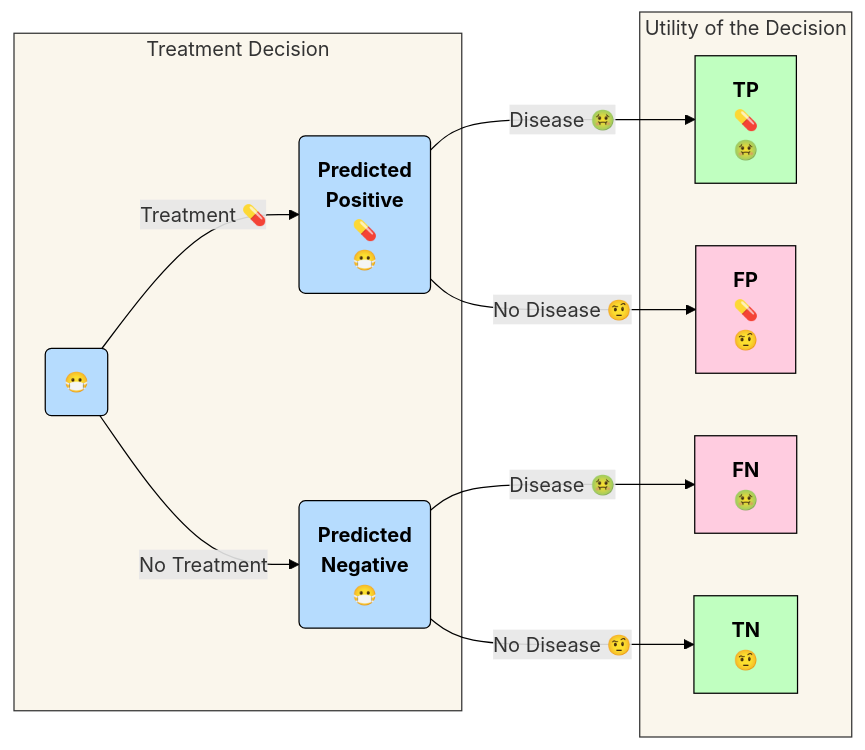
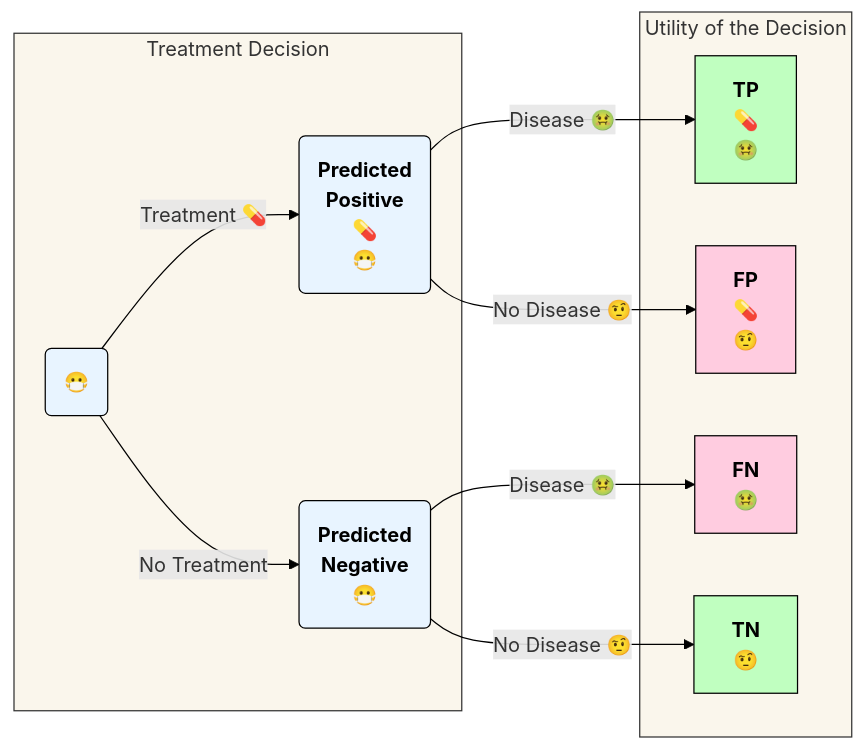
One commit to uriahf/rtichoke_python changed the first of 6 diagrams in docs/before_we_validate.qmd. Above: the diagram before and after it, drawn with Mermaid.

Commit message:
docs: change fill color of node

````diff
--- a/docs/before_we_validate.qmd
+++ b/docs/before_we_validate.qmd
@@ -45,30 +45,30 @@
 ```{mermaid}
 graph LR
     
 
     subgraph trt[Treatment Decision]
         linkStyle default stroke:#000
         A("😷") -->|"Treatment 💊"|B("<B>Predicted<br>Positive</B><br>💊<br>😷")
         A -->|"No Treatment"|C("<B>Predicted<br>Negative</B><br>😷")    
     end
 
     subgraph ut[Utility of the Decision]
         B -->|"Disease 🤢"| D["<B>TP</B><br>💊<br>🤢"]
         B -->|"No Disease 🤨"| E["<B>FP</B><br>💊<br>🤨"]
         C -->|"Disease 🤢"| F["<B>FN</B><br>🤢"]
         C -->|"No Disease 🤨"| G["<B>TN</B><br>🤨"]  
     end
 
 
 
-    style A fill:#B6DCFE, stroke:black,color:black
-    style B fill:#B6DCFE, stroke:black,color:black
-    style C fill:#B6DCFE, stroke:black,color:black
+    style A fill:#E8F4FF, stroke:black,color:black
+    style B fill:#E8F4FF, stroke:black,color:black
+    style C fill:#E8F4FF, stroke:black,color:black
     style D fill:#C0FFC0,stroke:black,color:black
     style E fill:#FFCCE0,stroke:black,color:black
     style F fill:#FFCCE0,stroke:black,color:black
     style G fill:#C0FFC0,stroke:black,color:black
 
     classDef subgraphStyle fill:#FAF6EC,stroke:#333,stroke-width:1px
     class trt,ut subgraphStyle
 ```
````
